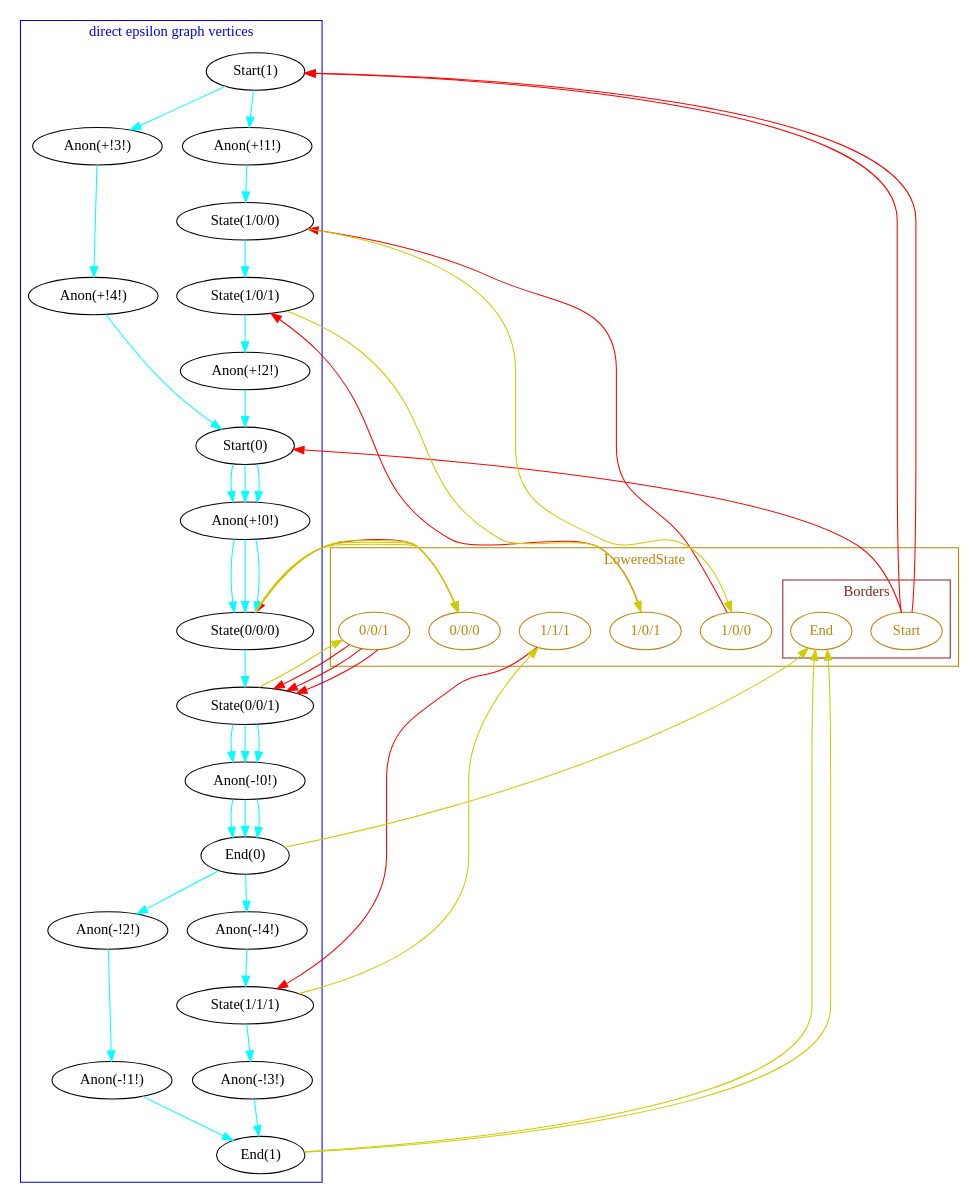
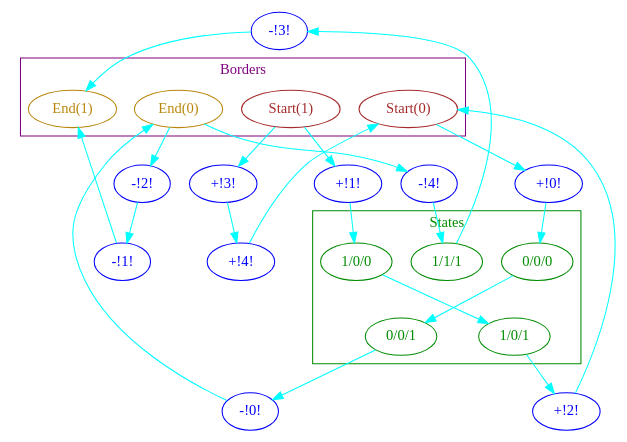
The diagram in graphviz-test-new.dot (cosmicexplorer/simultaneous-productions), drawn with Graphviz before and after one commit. The commit also changed 2 other files, not shown here.

Commit message:
successful initial impl of PreprocessedGrammar graphviz

```diff
--- a/graphviz-test-new.dot
+++ b/graphviz-test-new.dot
@@ -1,165 +1,93 @@
 digraph test_graph {
   compound = true;
 
-  subgraph state_vertices {
-    label = "LoweredState";
+  epsilon_graph_vertex_phase_2_1[label="+!0!", color="blue", fontcolor="blue", ];
+
+  epsilon_graph_vertex_phase_2_4[label="+!1!", color="blue", fontcolor="blue", ];
+
+  epsilon_graph_vertex_phase_2_9[label="-!3!", color="blue", fontcolor="blue", ];
+
+  epsilon_graph_vertex_phase_2_11[label="-!0!", color="blue", fontcolor="blue", ];
+
+  epsilon_graph_vertex_phase_2_13[label="+!3!", color="blue", fontcolor="blue", ];
+
+  epsilon_graph_vertex_phase_2_14[label="+!4!", color="blue", fontcolor="blue", ];
+
+  epsilon_graph_vertex_phase_2_15[label="-!4!", color="blue", fontcolor="blue", ];
+
+  epsilon_graph_vertex_phase_2_16[label="+!2!", color="blue", fontcolor="blue", ];
+
+  epsilon_graph_vertex_phase_2_17[label="-!2!", color="blue", fontcolor="blue", ];
+
+  epsilon_graph_vertex_phase_2_18[label="-!1!", color="blue", fontcolor="blue", ];
+
+  subgraph border_vertices {
+    label = "Borders";
     cluster = true;
     rank = same;
 
-    color = "darkgoldenrod";
-    fontcolor = "darkgoldenrod";
-    node [color="darkgoldenrod", fontcolor="darkgoldenrod", ];
+    color = "purple";
+    fontcolor = "purple";
 
-    subgraph border_states {
-      label = "Borders";
-      cluster = true;
-      rank = same;
-
-      color = "brown4";
-      fontcolor = "brown4";
-
-      lowered_state_0[label="Start", ];
-      lowered_state_6[label="End", ];
-    }
-    lowered_state_1[label="0/0/0", ];
-    lowered_state_2[label="1/0/0", ];
-    lowered_state_3[label="0/0/1", ];
-    lowered_state_4[label="1/0/1", ];
-    lowered_state_5[label="1/1/1", ];
+    epsilon_graph_vertex_phase_2_0[label="Start(0)", color="brown", fontcolor="brown", ];
+    epsilon_graph_vertex_phase_2_3[label="Start(1)", color="brown", fontcolor="brown", ];
+    epsilon_graph_vertex_phase_2_10[label="End(1)", color="darkgoldenrod", fontcolor="darkgoldenrod", ];
+    epsilon_graph_vertex_phase_2_12[label="End(0)", color="darkgoldenrod", fontcolor="darkgoldenrod", ];
   }
 
-  subgraph cyclic_vertices {
-    label = "cyclic epsilon graph vertices";
+  subgraph state_vertices {
+    label = "States";
     cluster = true;
     rank = same;
 
-    color = "blue4";
-    fontcolor = "blue4";
+    color = "green4";
+    fontcolor = "green4";
+    node [color="green4", fontcolor="green4", ];
 
+    epsilon_graph_vertex_phase_2_2[label="0/0/0", ];
+    epsilon_graph_vertex_phase_2_5[label="1/0/0", ];
+    epsilon_graph_vertex_phase_2_6[label="0/0/1", ];
+    epsilon_graph_vertex_phase_2_7[label="1/0/1", ];
+    epsilon_graph_vertex_phase_2_8[label="1/1/1", ];
   }
-
-  subgraph direct_vertices {
-    label = "direct epsilon graph vertices";
-    cluster = true;
-    rank = same;
-
-    color = "blue2";
-    fontcolor = "blue2";
-
-    epsilon_graph_vertex_phase_2_0[label="Start(0)", ];
-    epsilon_graph_vertex_phase_2_1[label="Anon(+!0!)", ];
-    epsilon_graph_vertex_phase_2_2[label="State(0/0/0)", ];
-    epsilon_graph_vertex_phase_2_3[label="Start(1)", ];
-    epsilon_graph_vertex_phase_2_4[label="Anon(+!1!)", ];
-    epsilon_graph_vertex_phase_2_5[label="State(1/0/0)", ];
-    epsilon_graph_vertex_phase_2_6[label="State(0/0/1)", ];
-    epsilon_graph_vertex_phase_2_7[label="State(1/0/1)", ];
-    epsilon_graph_vertex_phase_2_8[label="State(1/1/1)", ];
-    epsilon_graph_vertex_phase_2_9[label="Anon(-!3!)", ];
-    epsilon_graph_vertex_phase_2_10[label="End(1)", ];
-    epsilon_graph_vertex_phase_2_11[label="Anon(-!0!)", ];
-    epsilon_graph_vertex_phase_2_12[label="End(0)", ];
-    epsilon_graph_vertex_phase_2_13[label="Anon(+!3!)", ];
-    epsilon_graph_vertex_phase_2_14[label="Anon(+!4!)", ];
-    epsilon_graph_vertex_phase_2_15[label="Anon(-!4!)", ];
-    epsilon_graph_vertex_phase_2_16[label="Anon(+!2!)", ];
-    epsilon_graph_vertex_phase_2_17[label="Anon(-!2!)", ];
-    epsilon_graph_vertex_phase_2_18[label="Anon(-!1!)", ];
-  }
-
-  lowered_state_0 -> epsilon_graph_vertex_phase_2_0[color="red", ];
 
   epsilon_graph_vertex_phase_2_0 -> epsilon_graph_vertex_phase_2_1[color="aqua", ];
 
   epsilon_graph_vertex_phase_2_1 -> epsilon_graph_vertex_phase_2_2[color="aqua", ];
 
-  epsilon_graph_vertex_phase_2_2 -> lowered_state_1[color="yellow3", ];
-
-  lowered_state_0 -> epsilon_graph_vertex_phase_2_3[color="red", ];
-
   epsilon_graph_vertex_phase_2_3 -> epsilon_graph_vertex_phase_2_4[color="aqua", ];
 
   epsilon_graph_vertex_phase_2_4 -> epsilon_graph_vertex_phase_2_5[color="aqua", ];
 
-  epsilon_graph_vertex_phase_2_5 -> lowered_state_2[color="yellow3", ];
-
-  lowered_state_1 -> epsilon_graph_vertex_phase_2_2[color="red", ];
-
   epsilon_graph_vertex_phase_2_2 -> epsilon_graph_vertex_phase_2_6[color="aqua", ];
 
-  epsilon_graph_vertex_phase_2_6 -> lowered_state_3[color="yellow3", ];
-
-  lowered_state_2 -> epsilon_graph_vertex_phase_2_5[color="red", ];
-
   epsilon_graph_vertex_phase_2_5 -> epsilon_graph_vertex_phase_2_7[color="aqua", ];
-
-  epsilon_graph_vertex_phase_2_7 -> lowered_state_4[color="yellow3", ];
-
-  lowered_state_5 -> epsilon_graph_vertex_phase_2_8[color="red", ];
 
   epsilon_graph_vertex_phase_2_8 -> epsilon_graph_vertex_phase_2_9[color="aqua", ];
 
   epsilon_graph_vertex_phase_2_9 -> epsilon_graph_vertex_phase_2_10[color="aqua", ];
 
-  epsilon_graph_vertex_phase_2_10 -> lowered_state_6[color="yellow3", ];
-
-  lowered_state_3 -> epsilon_graph_vertex_phase_2_6[color="red", ];
-
   epsilon_graph_vertex_phase_2_6 -> epsilon_graph_vertex_phase_2_11[color="aqua", ];
 
   epsilon_graph_vertex_phase_2_11 -> epsilon_graph_vertex_phase_2_12[color="aqua", ];
-
-  epsilon_graph_vertex_phase_2_12 -> lowered_state_6[color="yellow3", ];
-
-  lowered_state_0 -> epsilon_graph_vertex_phase_2_3[color="red", ];
 
   epsilon_graph_vertex_phase_2_3 -> epsilon_graph_vertex_phase_2_13[color="aqua", ];
 
   epsilon_graph_vertex_phase_2_13 -> epsilon_graph_vertex_phase_2_14[color="aqua", ];
 
   epsilon_graph_vertex_phase_2_14 -> epsilon_graph_vertex_phase_2_0[color="aqua", ];
 
-  epsilon_graph_vertex_phase_2_0 -> epsilon_graph_vertex_phase_2_1[color="aqua", ];
-
-  epsilon_graph_vertex_phase_2_1 -> epsilon_graph_vertex_phase_2_2[color="aqua", ];
-
-  epsilon_graph_vertex_phase_2_2 -> lowered_state_1[color="yellow3", ];
-
-  lowered_state_3 -> epsilon_graph_vertex_phase_2_6[color="red", ];
-
-  epsilon_graph_vertex_phase_2_6 -> epsilon_graph_vertex_phase_2_11[color="aqua", ];
-
-  epsilon_graph_vertex_phase_2_11 -> epsilon_graph_vertex_phase_2_12[color="aqua", ];
-
   epsilon_graph_vertex_phase_2_12 -> epsilon_graph_vertex_phase_2_15[color="aqua", ];
 
   epsilon_graph_vertex_phase_2_15 -> epsilon_graph_vertex_phase_2_8[color="aqua", ];
 
-  epsilon_graph_vertex_phase_2_8 -> lowered_state_5[color="yellow3", ];
-
-  lowered_state_4 -> epsilon_graph_vertex_phase_2_7[color="red", ];
-
   epsilon_graph_vertex_phase_2_7 -> epsilon_graph_vertex_phase_2_16[color="aqua", ];
 
   epsilon_graph_vertex_phase_2_16 -> epsilon_graph_vertex_phase_2_0[color="aqua", ];
-
-  epsilon_graph_vertex_phase_2_0 -> epsilon_graph_vertex_phase_2_1[color="aqua", ];
-
-  epsilon_graph_vertex_phase_2_1 -> epsilon_graph_vertex_phase_2_2[color="aqua", ];
-
-  epsilon_graph_vertex_phase_2_2 -> lowered_state_1[color="yellow3", ];
-
-  lowered_state_3 -> epsilon_graph_vertex_phase_2_6[color="red", ];
-
-  epsilon_graph_vertex_phase_2_6 -> epsilon_graph_vertex_phase_2_11[color="aqua", ];
-
-  epsilon_graph_vertex_phase_2_11 -> epsilon_graph_vertex_phase_2_12[color="aqua", ];
 
   epsilon_graph_vertex_phase_2_12 -> epsilon_graph_vertex_phase_2_17[color="aqua", ];
 
   epsilon_graph_vertex_phase_2_17 -> epsilon_graph_vertex_phase_2_18[color="aqua", ];
 
   epsilon_graph_vertex_phase_2_18 -> epsilon_graph_vertex_phase_2_10[color="aqua", ];
-
-  epsilon_graph_vertex_phase_2_10 -> lowered_state_6[color="yellow3", ];
 }
```
